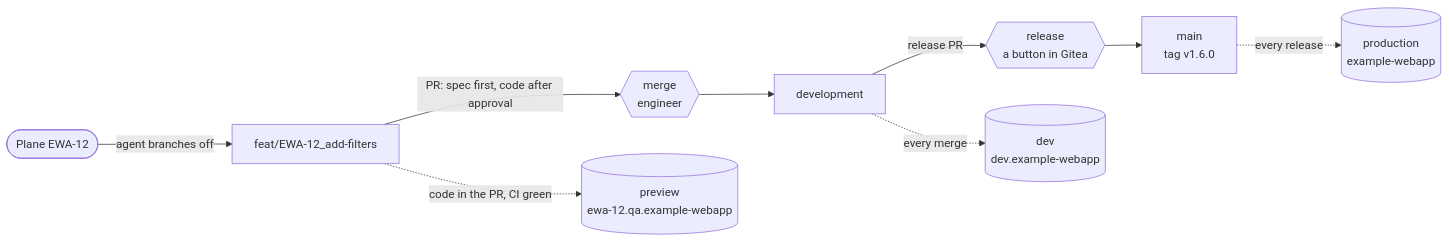
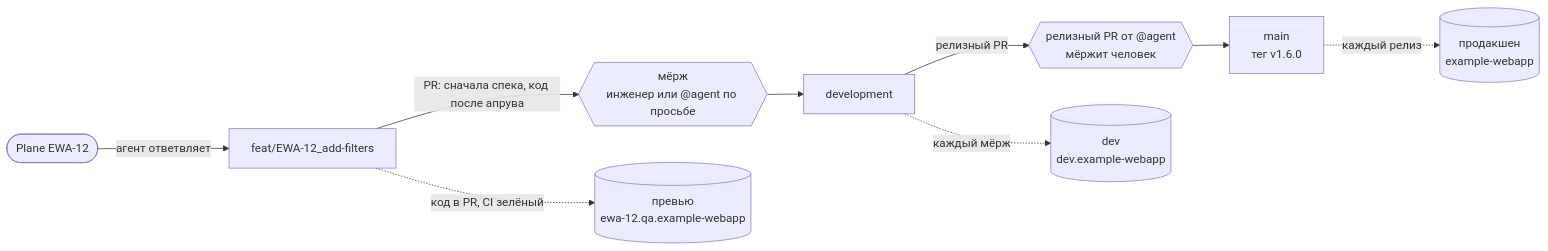
Before and after one commit to ulshv/AI-Native-SDLC: the third of 5 diagrams in README_ru.md, drawn with Mermaid. The commit also changed other lines of this file and 15 other files, not shown here.

First line of the commit message:
docs: @agent workflow, a worked example, merge rules and diagrams translation

````diff
--- a/README_ru.md
+++ b/README_ru.md
@@ -223,11 +233,11 @@
 ```mermaid
 flowchart LR
-    ticket([Plane EWA-12]) -- agent branches off --> feat[feat/EWA-12_add-filters]
-    feat -- "PR: spec first, code after approval" --> merge{{merge<br/>engineer}}
+    ticket([Plane EWA-12]) -- агент ответвляет --> feat[feat/EWA-12_add-filters]
+    feat -- "PR: сначала спека, код после апрува" --> merge{{мёрж<br/>инженер или @agent по просьбе}}
     merge --> dev[development]
-    dev -- release PR --> release{{release<br/>a button in Gitea}}
-    release --> main[main<br/>tag v1.6.0]
-    feat -. "code in the PR, CI green" .-> preview[(preview<br/>ewa-12.qa.example-webapp)]
-    dev -. every merge .-> devenv[(dev<br/>dev.example-webapp)]
-    main -. every release .-> prod[(production<br/>example-webapp)]
+    dev -- релизный PR --> release{{релизный PR от @agent<br/>мёржит человек}}
+    release --> main[main<br/>тег v1.6.0]
+    feat -. "код в PR, CI зелёный" .-> preview[(превью<br/>ewa-12.qa.example-webapp)]
+    dev -. каждый мёрж .-> devenv[(dev<br/>dev.example-webapp)]
+    main -. каждый релиз .-> prod[(продакшен<br/>example-webapp)]
 ```
````
